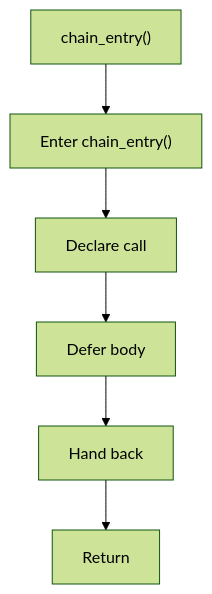
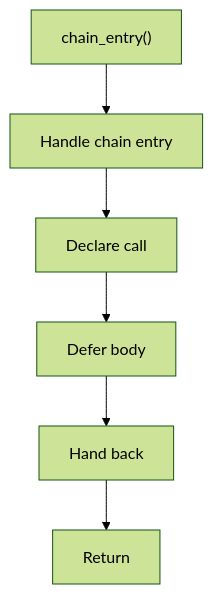
Before and after one commit to JohnAndrewBalbarosa/NeoTerritory: the diagram in docs/Codebase/Microservice/Modules/Header/SyntacticBrokenAST/HashingMechanism/HashLinks/Internal/Flow/functions/chain_entry.hpp.md, drawn with Mermaid (forest theme). The commit also changed other lines of this file and 925 other files, not shown here.

````diff
--- a/docs/Codebase/Microservice/Modules/Header/SyntacticBrokenAST/HashingMechanism/HashLinks/Internal/Flow/functions/chain_entry.hpp.md
+++ b/docs/Codebase/Microservice/Modules/Header/SyntacticBrokenAST/HashingMechanism/HashLinks/Internal/Flow/functions/chain_entry.hpp.md
@@ -16,14 +16,14 @@
 ```mermaid
 flowchart TD
     Start["chain_entry()"]
-    N0["Enter chain_entry()"]
+    N0["Handle chain entry"]
     N1["Declare call"]
     N2["Defer body"]
     N3["Hand back"]
     End["Return"]
     Start --> N0
     N0 --> N1
     N1 --> N2
     N2 --> N3
     N3 --> End
 ```
````
